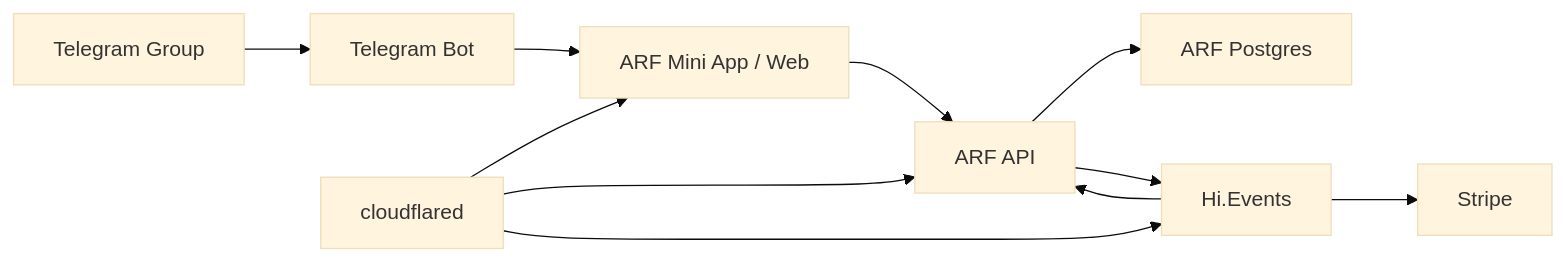
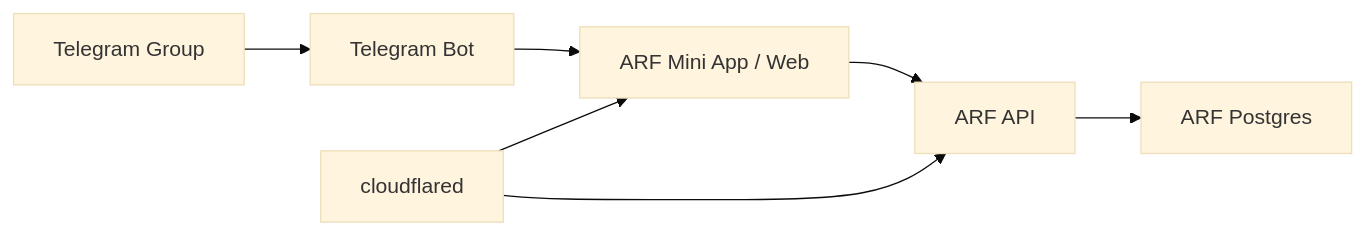
The diagram in docs/03-architecture.md (KuRue/cego), drawn with Mermaid (base theme) before and after one commit. The commit also changed other lines of this file and 32 other files, not shown here.

````diff
--- a/docs/03-architecture.md
+++ b/docs/03-architecture.md
@@ -18,13 +18,9 @@
 ```mermaid
 flowchart LR
   TG["Telegram Group"] --> BOT["Telegram Bot"]
   BOT --> APP["ARF Mini App / Web"]
   APP --> API["ARF API"]
   API --> DB["ARF Postgres"]
-  API --> HE["Hi.Events"]
-  HE --> STRIPE["Stripe"]
-  HE --> API
   CF["cloudflared"] --> APP
   CF --> API
-  CF --> HE
 ```
````
